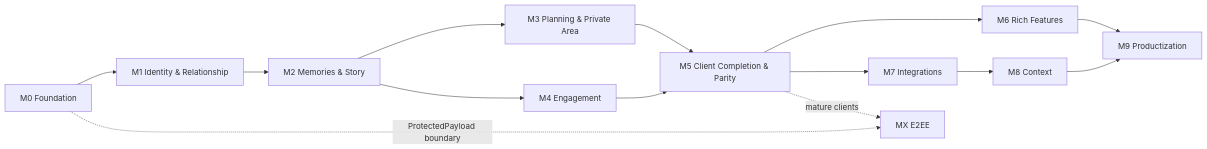
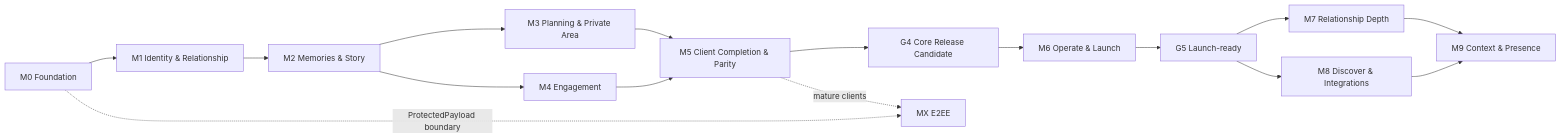
Before and after one commit to baerenmarke90/SideBySide-Next: the diagram in docs/ROADMAP.md, drawn with Mermaid. The commit also changed other lines of this file, not shown here.

Commit message:
docs: make launch readiness M6 (#433)

````diff
--- a/docs/ROADMAP.md
+++ b/docs/ROADMAP.md
@@ -146,16 +208,18 @@
 ```mermaid
 flowchart LR
   M0[M0 Foundation] --> M1[M1 Identity & Relationship]
   M1 --> M2[M2 Memories & Story]
   M2 --> M3[M3 Planning & Private Area]
   M2 --> M4[M4 Engagement]
   M3 --> M5[M5 Client Completion & Parity]
   M4 --> M5
-  M5 --> M6[M6 Rich Features]
-  M5 --> M7[M7 Integrations]
-  M7 --> M8[M8 Context]
-  M6 --> M9[M9 Productization]
-  M8 --> M9
+  M5 --> G4[G4 Core Release Candidate]
+  G4 --> M6[M6 Operate & Launch]
+  M6 --> G5[G5 Launch-ready]
+  G5 --> M7[M7 Relationship Depth]
+  G5 --> M8[M8 Discover & Integrations]
+  M8 --> M9[M9 Context & Presence]
+  M7 --> M9
   M0 -. ProtectedPayload boundary .-> MX[MX E2EE]
   M5 -. mature clients .-> MX
 ```
````
